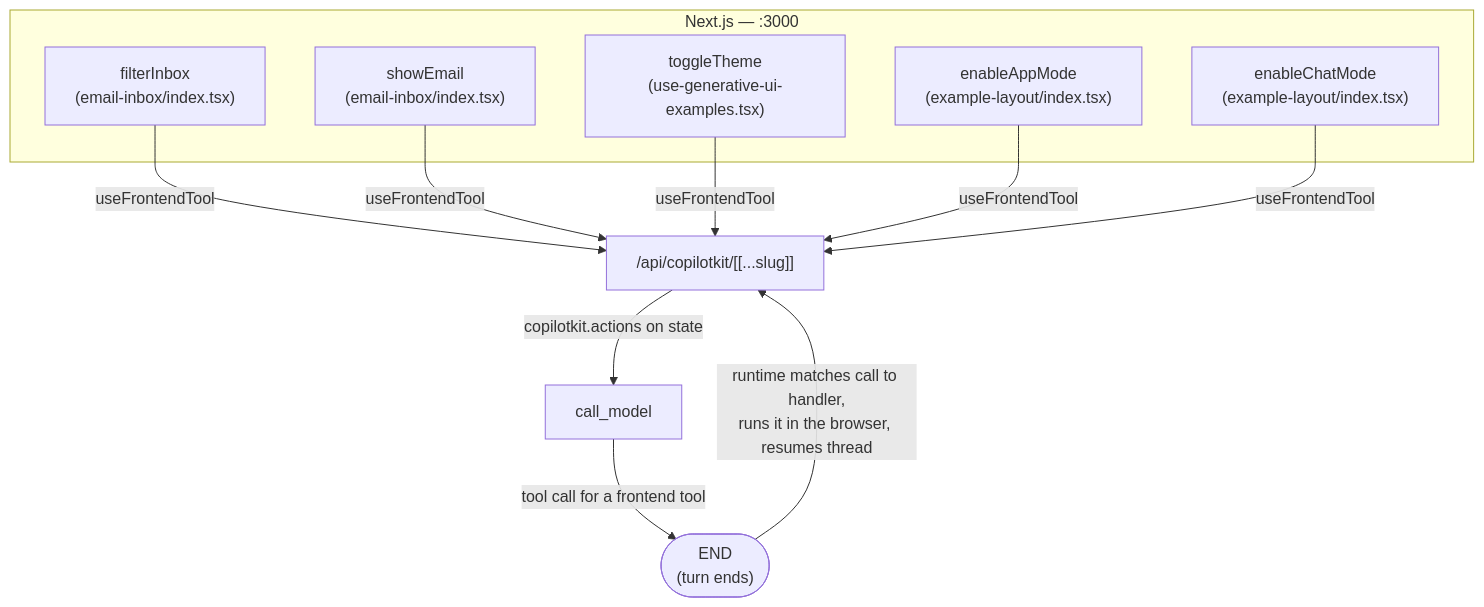
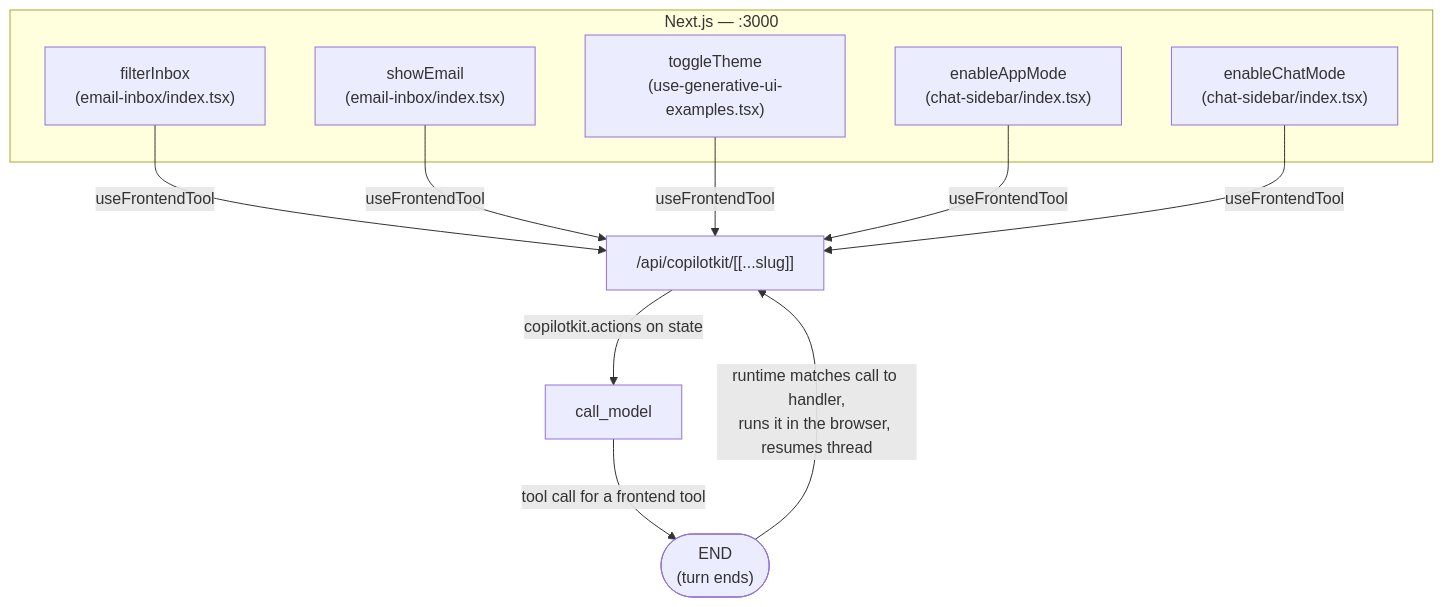
Before and after one commit to myle-agilityio/langchain-training: the fifth of 5 diagrams in practice-new-version/docs/ARCHITECTURE.md, drawn with Mermaid. The commit also changed 11 other files, not shown here.

First line of the commit message:
Replace split-pane layout with a collapsible chat sidebar

````diff
--- a/practice-new-version/docs/ARCHITECTURE.md
+++ b/practice-new-version/docs/ARCHITECTURE.md
@@ -123,20 +123,20 @@
 ```mermaid
 graph TD
     subgraph Frontend["Next.js — :3000"]
         FilterInbox["filterInbox\n(email-inbox/index.tsx)"]
         ShowEmail["showEmail\n(email-inbox/index.tsx)"]
         ToggleTheme["toggleTheme\n(use-generative-ui-examples.tsx)"]
-        EnableAppMode["enableAppMode\n(example-layout/index.tsx)"]
-        EnableChatMode["enableChatMode\n(example-layout/index.tsx)"]
+        EnableAppMode["enableAppMode\n(chat-sidebar/index.tsx)"]
+        EnableChatMode["enableChatMode\n(chat-sidebar/index.tsx)"]
     end
 
     FilterInbox -- "useFrontendTool" --> CopilotRoute["/api/copilotkit/[[...slug]]"]
     ShowEmail -- "useFrontendTool" --> CopilotRoute
     ToggleTheme -- "useFrontendTool" --> CopilotRoute
     EnableAppMode -- "useFrontendTool" --> CopilotRoute
     EnableChatMode -- "useFrontendTool" --> CopilotRoute
 
     CopilotRoute -- "copilotkit.actions on state" --> call_model["call_model"]
     call_model -- "tool call for a frontend tool" --> END(["END\n(turn ends)"])
     END -- "runtime matches call to handler,\nruns it in the browser, resumes thread" --> CopilotRoute
 ```
````
